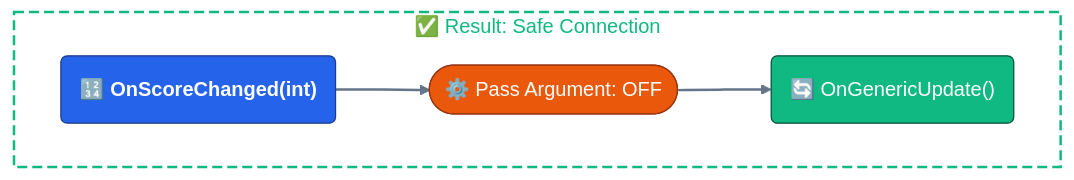
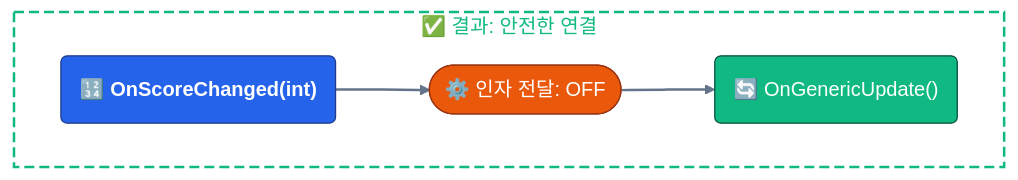
Before and after one commit to tinygiants-tech/TinyGiants: the third of 3 diagrams in i18n/ko/docusaurus-plugin-content-docs/current/game-event-system/flow-graph/game-event-node-connector.md, drawn with Mermaid. The commit also changed other lines of this file and 81 other files, not shown here.

````diff
--- a/i18n/ko/docusaurus-plugin-content-docs/current/game-event-system/flow-graph/game-event-node-connector.md
+++ b/i18n/ko/docusaurus-plugin-content-docs/current/game-event-system/flow-graph/game-event-node-connector.md
@@ -188,17 +188,17 @@
 ```mermaid
 graph LR
 
-    subgraph Title ["<span style='color:#10b981'>✅ Result: Safe Connection</span>"]
+    subgraph Title ["<span style='color:#10b981'>✅ 결과: 안전한 연결</span>"]
         direction LR
-        A("🔢 OnScoreChanged(int)"):::event --> B(["⚙️ Pass Argument: OFF"]):::setting
+        A("🔢 OnScoreChanged(int)"):::event --> B(["⚙️ 인자 전달: OFF"]):::setting
         B --> C("🔄 OnGenericUpdate()"):::action
     end
 
     classDef event fill:#2563eb,stroke:#1e3a8a,color:#ffffff,font-weight:bold
     classDef setting fill:#ea580c,stroke:#9a3412,color:#ffffff
     classDef action fill:#10b981,stroke:#064e3b,color:#ffffff
     
     style Title fill:none,stroke:#10b981,stroke-width:2px,stroke-dasharray: 8 4
 
     linkStyle default stroke:#64748b,stroke-width:2px
 ```
````
